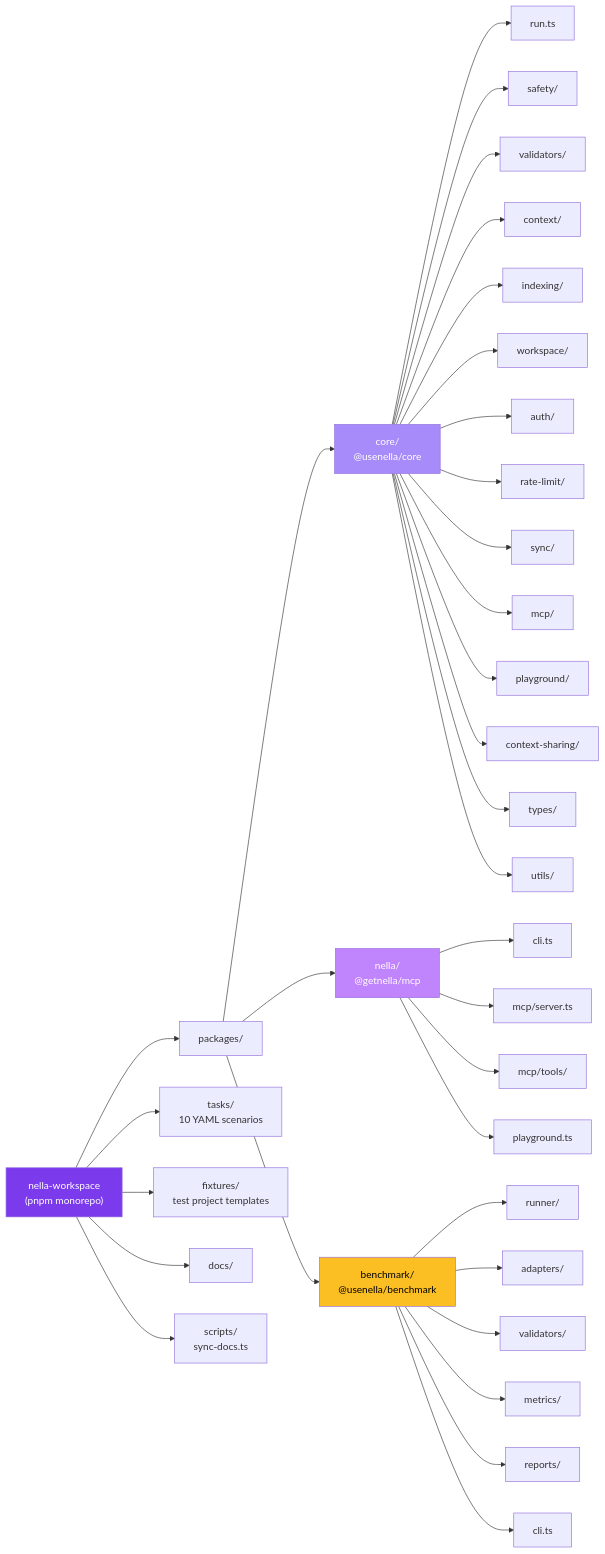
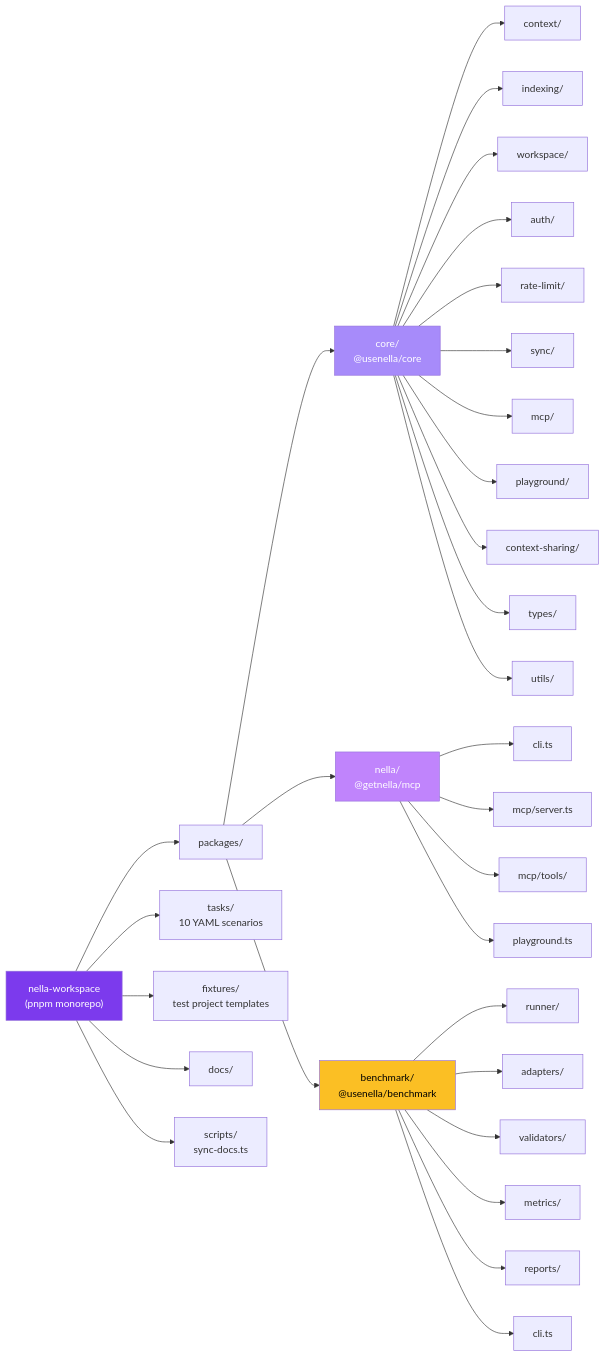
Before and after one commit to nella-labs/nella: the second of 23 diagrams in docs/architecture.md, drawn with Mermaid. The commit also changed other lines of this file and 23 other files, not shown here.

````diff
--- a/docs/architecture.md
+++ b/docs/architecture.md
@@ -77,46 +72,43 @@
 ```mermaid
 graph LR
     Root["nella-workspace<br/>(pnpm monorepo)"]
 
     Root --> Packages["packages/"]
     Root --> Tasks["tasks/<br/>10 YAML scenarios"]
     Root --> Fixtures["fixtures/<br/>test project templates"]
     Root --> Docs["docs/"]
     Root --> Scripts["scripts/<br/>sync-docs.ts"]
 
     Packages --> Core["core/<br/>@usenella/core"]
     Packages --> Nella["nella/<br/>@getnella/mcp"]
     Packages --> Benchmark["benchmark/<br/>@usenella/benchmark"]
 
-    Core --> C_Run["run.ts"]
-    Core --> C_Safety["safety/"]
-    Core --> C_Validators["validators/"]
     Core --> C_Context["context/"]
     Core --> C_Indexing["indexing/"]
     Core --> C_Workspace["workspace/"]
     Core --> C_Auth["auth/"]
     Core --> C_RateLimit["rate-limit/"]
     Core --> C_Sync["sync/"]
     Core --> C_MCP["mcp/"]
     Core --> C_Playground["playground/"]
     Core --> C_CtxShare["context-sharing/"]
     Core --> C_Types["types/"]
     Core --> C_Utils["utils/"]
 
     Nella --> N_CLI["cli.ts"]
     Nella --> N_MCP["mcp/server.ts"]
     Nella --> N_Tools["mcp/tools/"]
     Nella --> N_Play["playground.ts"]
 
     Benchmark --> B_Runner["runner/"]
     Benchmark --> B_Adapters["adapters/"]
     Benchmark --> B_Validators["validators/"]
     Benchmark --> B_Metrics["metrics/"]
     Benchmark --> B_Reports["reports/"]
     Benchmark --> B_CLI["cli.ts"]
 
     style Root fill:#7c3aed,color:#fff
     style Core fill:#a78bfa,color:#fff
     style Nella fill:#c084fc,color:#fff
     style Benchmark fill:#fbbf24,color:#000
 ```
````
